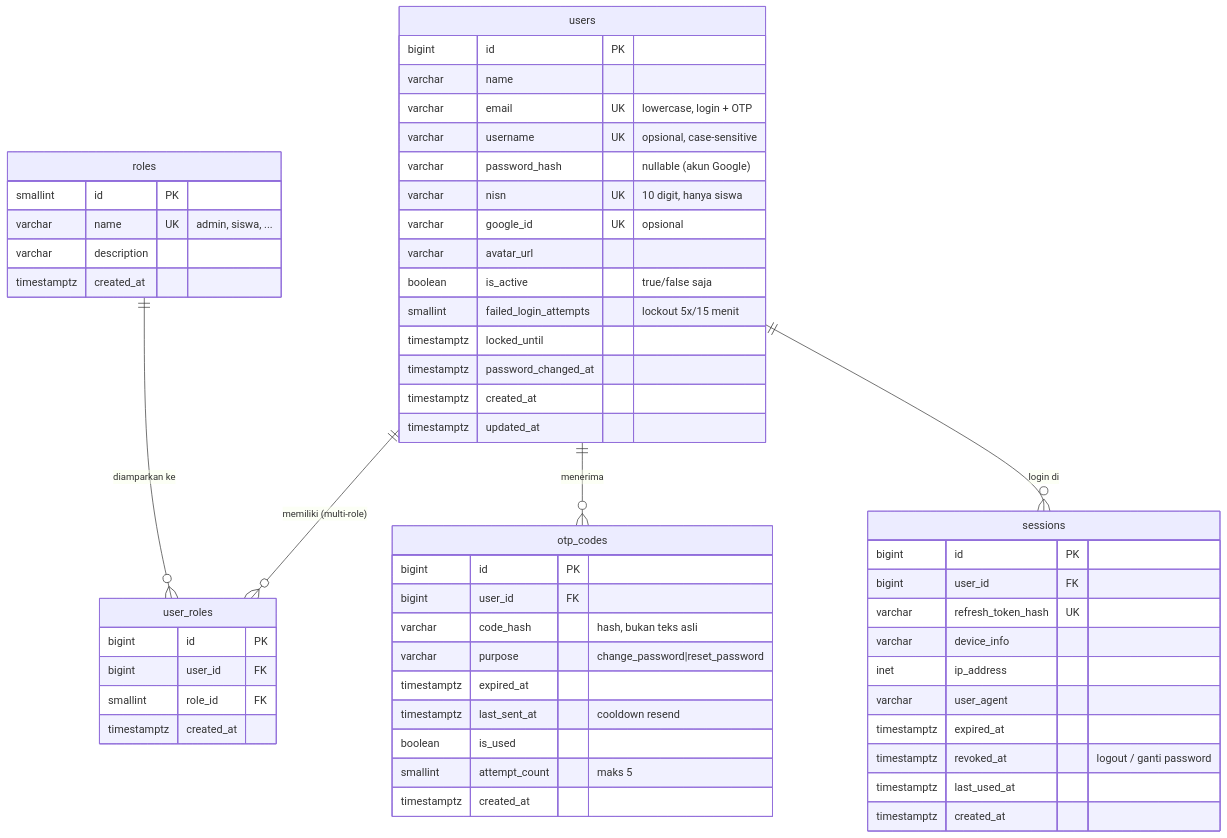
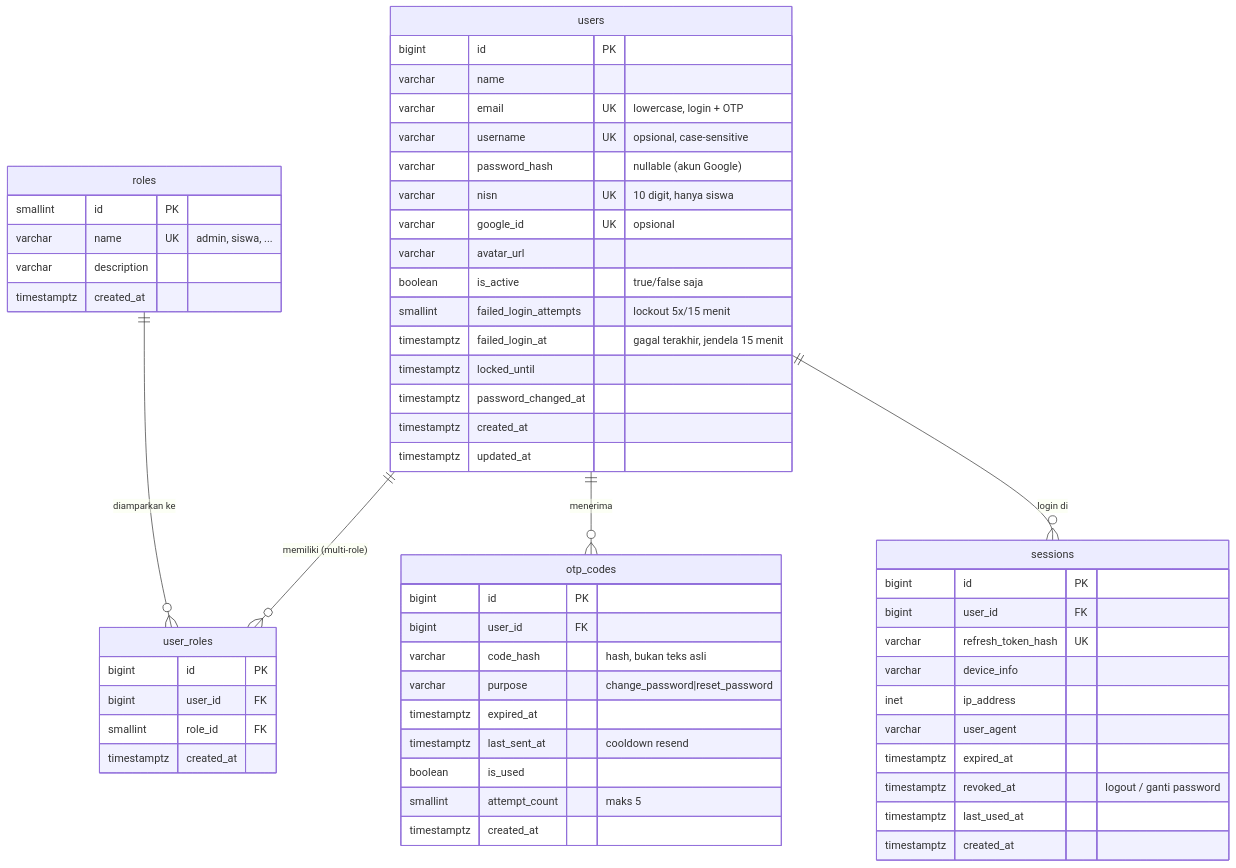
One commit to Akyrr/absensi changed the first of 2 diagrams in DESAIN.md. Above: the diagram before and after it, drawn with Mermaid. The commit also changed other lines of this file, not shown here.

Commit message:
sync with the new failed login timestamp column

````diff
--- a/DESAIN.md
+++ b/DESAIN.md
@@ -16,63 +16,64 @@
 ```mermaid
 erDiagram
     users ||--o{ user_roles : "memiliki (multi-role)"
     roles ||--o{ user_roles : "diamparkan ke"
     users ||--o{ otp_codes   : "menerima"
     users ||--o{ sessions    : "login di"
 
     roles {
         smallint id PK
         varchar name UK "admin, siswa, ..."
         varchar description
         timestamptz created_at
     }
 
     users {
         bigint id PK
         varchar name
         varchar email UK "lowercase, login + OTP"
         varchar username UK "opsional, case-sensitive"
         varchar password_hash "nullable (akun Google)"
         varchar nisn UK "10 digit, hanya siswa"
         varchar google_id UK "opsional"
         varchar avatar_url
         boolean is_active "true/false saja"
         smallint failed_login_attempts "lockout 5x/15 menit"
+        timestamptz failed_login_at "gagal terakhir, jendela 15 menit"
         timestamptz locked_until
         timestamptz password_changed_at
         timestamptz created_at
         timestamptz updated_at
     }
 
     user_roles {
         bigint id PK
         bigint user_id FK
         smallint role_id FK
         timestamptz created_at
     }
 
     otp_codes {
         bigint id PK
         bigint user_id FK
         varchar code_hash "hash, bukan teks asli"
         varchar purpose "change_password|reset_password"
         timestamptz expired_at
         timestamptz last_sent_at "cooldown resend"
         boolean is_used
         smallint attempt_count "maks 5"
         timestamptz created_at
     }
 
     sessions {
         bigint id PK
         bigint user_id FK
         varchar refresh_token_hash UK
         varchar device_info
         inet ip_address
         varchar user_agent
         timestamptz expired_at
         timestamptz revoked_at "logout / ganti password"
         timestamptz last_used_at
         timestamptz created_at
     }
 ```
````
